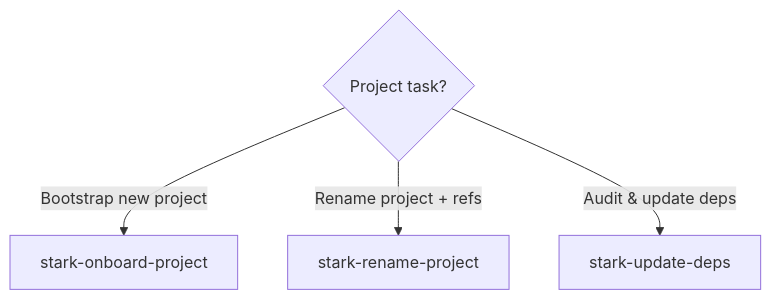
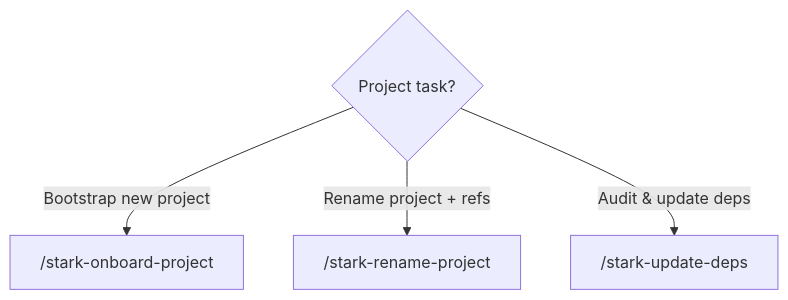
The seventh of 8 diagrams in docs/skills/README.md (21StarkCom/stark-skills), drawn with Mermaid before and after one commit. The commit also changed other lines of this file and 1 other file, not shown here.

````diff
--- a/docs/skills/README.md
+++ b/docs/skills/README.md
@@ -82,6 +102,6 @@
 ```mermaid
 graph TD
-    A{Project task?} -->|Bootstrap new project| B[stark-onboard-project]
-    A -->|Rename project + refs| C[stark-rename-project]
-    A -->|Audit & update deps| D[stark-update-deps]
+    A{Project task?} -->|Bootstrap new project| B["/stark-onboard-project"]
+    A -->|Rename project + refs| C["/stark-rename-project"]
+    A -->|Audit & update deps| D["/stark-update-deps"]
 ```
````
